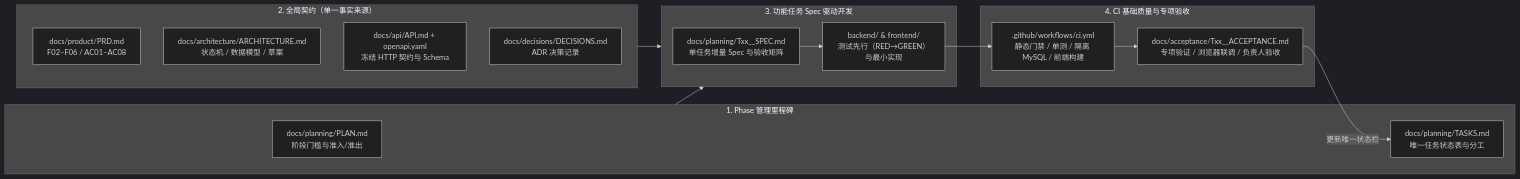
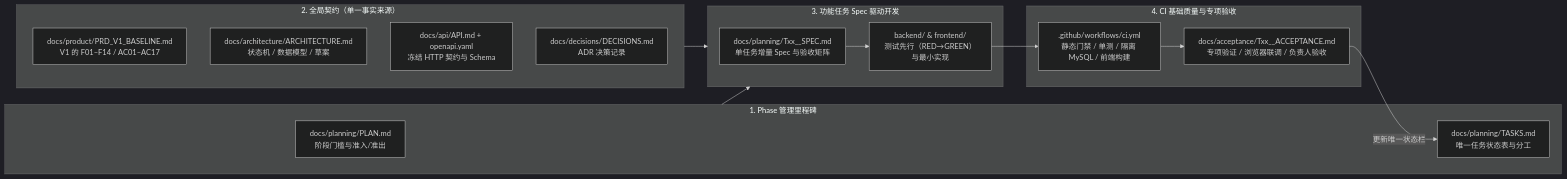
One commit to bingqilin456/DebateForge changed the first of 2 diagrams in docs/planning/PHASE2_SDD_WORKFLOW.md. Above: the diagram before and after it, drawn with Mermaid (dark theme). The commit also changed other lines of this file and 11 other files, not shown here.

````diff
--- a/docs/planning/PHASE2_SDD_WORKFLOW.md
+++ b/docs/planning/PHASE2_SDD_WORKFLOW.md
@@ -15,28 +17,28 @@
 ```mermaid
 flowchart LR
     subgraph L1["1. Phase 管理里程碑"]
         PLAN["docs/planning/PLAN.md<br/>阶段门槛与准入/准出"]
         TASKS["docs/planning/TASKS.md<br/>唯一任务状态表与分工"]
     end
     subgraph L2["2. 全局契约（单一事实来源）"]
-        PRD["docs/product/PRD.md<br/>F02–F06 / AC01–AC08"]
+        PRD["docs/product/PRD_V1_BASELINE.md<br/>V1 的 F01–F14 / AC01–AC17"]
         ARCH["docs/architecture/ARCHITECTURE.md<br/>状态机 / 数据模型 / 草案"]
         API["docs/api/API.md + openapi.yaml<br/>冻结 HTTP 契约与 Schema"]
         DEC["docs/decisions/DECISIONS.md<br/>ADR 决策记录"]
     end
     subgraph L3["3. 功能任务 Spec 驱动开发"]
         SPEC["docs/planning/Txx_<SLUG>_SPEC.md<br/>单任务增量 Spec 与验收矩阵"]
         CODE["backend/ & frontend/<br/>测试先行（RED→GREEN）与最小实现"]
     end
     subgraph L4["4. CI 基础质量与专项验收"]
         CI[".github/workflows/ci.yml<br/>静态门禁 / 单测 / 隔离 MySQL / 前端构建"]
         ACC["docs/acceptance/Txx_<SLUG>_ACCEPTANCE.md<br/>专项验证 / 浏览器联调 / 负责人验收"]
     end
 
     L1 --> L3
     L2 --> L3
     SPEC --> CODE
     CODE --> CI
     CI --> ACC
     ACC -->|更新唯一状态栏| TASKS
 ```
````
